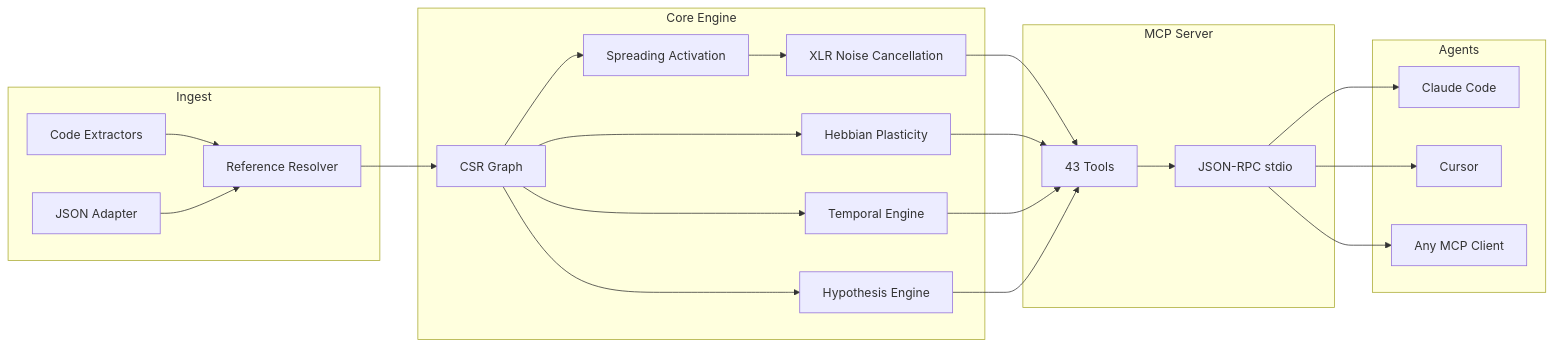
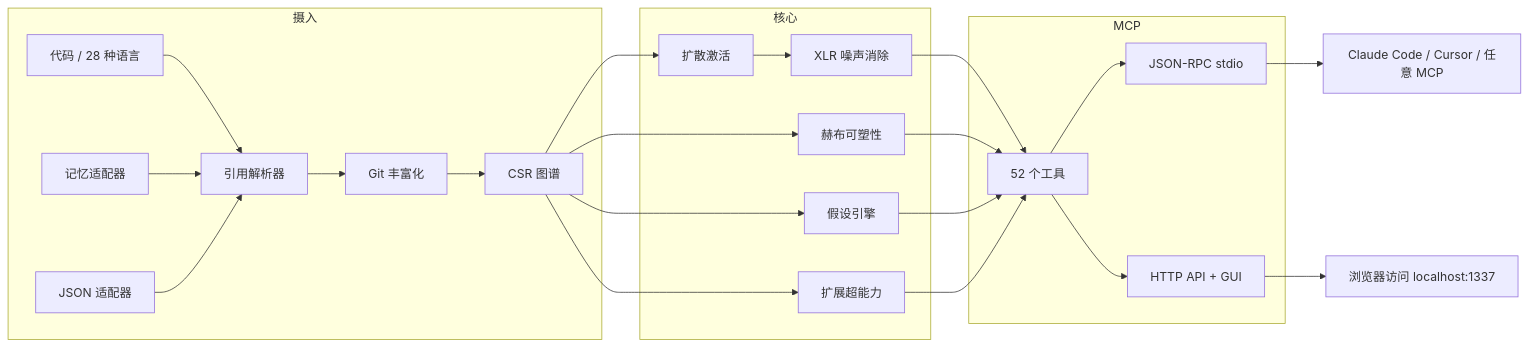
Before and after one commit to M1nd-Intelligence/m1nd: the diagram in README.zh.md, drawn with Mermaid. The commit also changed other lines of this file and 2 other files, not shown here.

````diff
--- a/README.zh.md
+++ b/README.zh.md
@@ -236,27 +284,27 @@
 ```mermaid
 graph LR
-    subgraph Ingest
-        A[Code Extractors] --> B[Reference Resolver]
-        C[JSON Adapter] --> B
+    subgraph 摄入
+        A[代码 / 28 种语言] --> R[引用解析器]
+        MA[记忆适配器] --> R
+        JA[JSON 适配器] --> R
+        R --> GD[Git 丰富化]
+        GD --> G[CSR 图谱]
     end
-    subgraph Core Engine
-        B --> D[CSR Graph]
-        D --> E[Spreading Activation]
-        D --> F[Hebbian Plasticity]
-        D --> G[Temporal Engine]
-        D --> H[Hypothesis Engine]
-        E --> I[XLR Noise Cancellation]
+    subgraph 核心
+        G --> SA[扩散激活]
+        G --> HP[赫布可塑性]
+        G --> HY[假设引擎]
+        G --> SX[扩展超能力]
+        SA --> XLR[XLR 噪声消除]
     end
-    subgraph MCP Server
-        I --> J[43 Tools]
-        F --> J
-        G --> J
-        H --> J
-        J --> K[JSON-RPC stdio]
+    subgraph MCP
+        XLR --> T[52 个工具]
+        HP --> T
+        HY --> T
+        SX --> T
+        T --> IO[JSON-RPC stdio]
+        T --> HTTP[HTTP API + GUI]
     end
-    subgraph Agents
-        K --> L[Claude Code]
-        K --> M[Cursor]
-        K --> N[Any MCP Client]
-    end
+    IO --> C[Claude Code / Cursor / 任意 MCP]
+    HTTP --> B[浏览器访问 localhost:1337]
 ```
````
